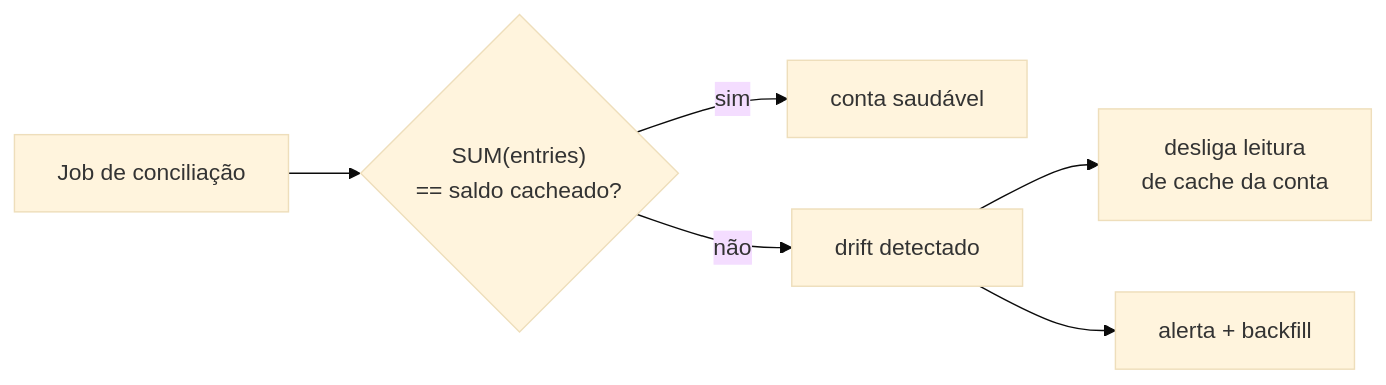
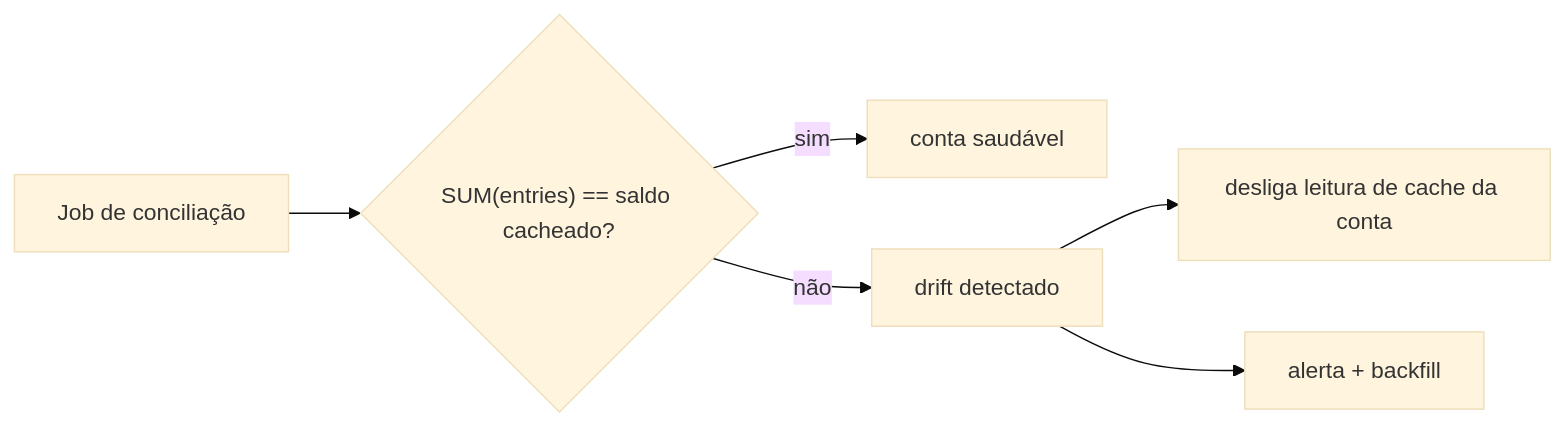
One commit to cesarschutz/cesarschutz.github.io changed the second of 3 diagrams in src/contents/posts/arquitetura-de-ledger.md. Above: the diagram before and after it, drawn with Mermaid (base theme). The commit also changed other lines of this file and 10 other files, not shown here.

First line of the commit message:
Blinda diagramas Mermaid: remove <br> e nós invisíveis dos rótulos

````diff
--- a/src/contents/posts/arquitetura-de-ledger.md
+++ b/src/contents/posts/arquitetura-de-ledger.md
@@ -285,8 +285,8 @@
 ```mermaid
 flowchart LR
-  J[Job de conciliação] --> C{"SUM(entries)<br>== saldo cacheado?"}
+  J[Job de conciliação] --> C{"SUM(entries) == saldo cacheado?"}
   C -->|sim| OK[conta saudável]
   C -->|não| D[drift detectado]
-  D --> OFF[desliga leitura<br>de cache da conta]
+  D --> OFF[desliga leitura de cache da conta]
   D --> AL[alerta + backfill]
 ```
````
